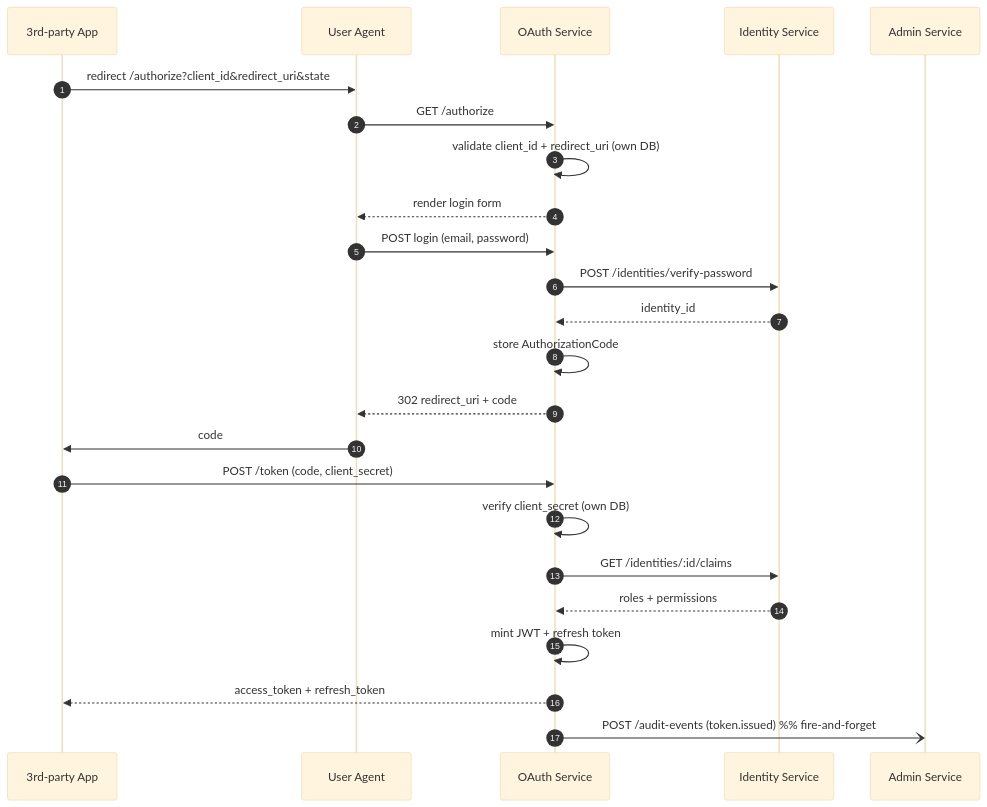
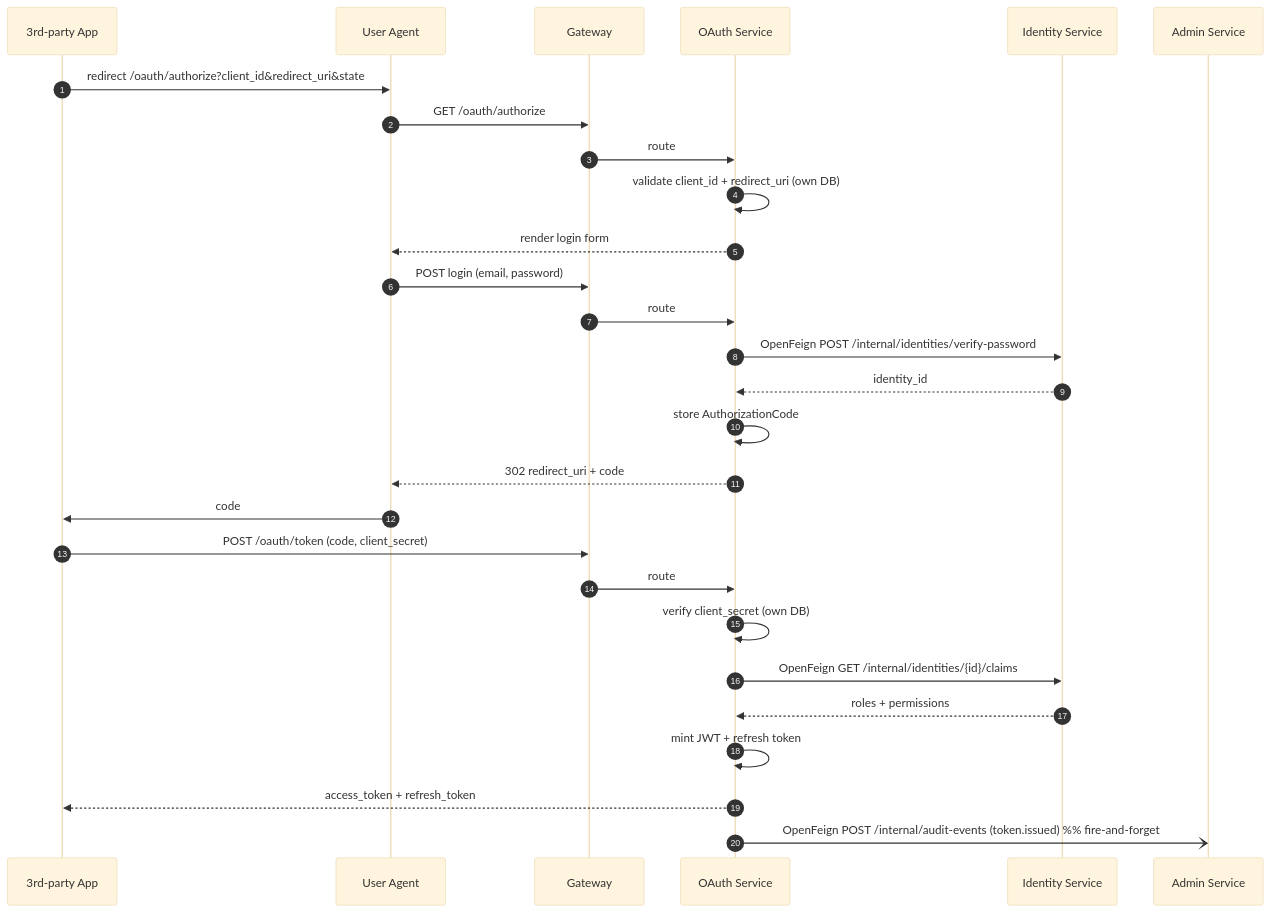
One commit to mosup16/SW-IDP changed the second of 2 diagrams in design/ARCHITECTURE.md. Above: the diagram before and after it, drawn with Mermaid (base theme). The commit also changed other lines of this file and 3 other files, not shown here.

````diff
--- a/design/ARCHITECTURE.md
+++ b/design/ARCHITECTURE.md
@@ -67,27 +87,31 @@
 ```mermaid
 sequenceDiagram
     autonumber
     participant App as 3rd-party App
     participant UA as User Agent
+    participant GW as Gateway
     participant OA as OAuth Service
     participant ID as Identity Service
     participant AD as Admin Service
 
-    App->>UA: redirect /authorize?client_id&redirect_uri&state
-    UA->>OA: GET /authorize
+    App->>UA: redirect /oauth/authorize?client_id&redirect_uri&state
+    UA->>GW: GET /oauth/authorize
+    GW->>OA: route
     OA->>OA: validate client_id + redirect_uri (own DB)
     OA-->>UA: render login form
-    UA->>OA: POST login (email, password)
-    OA->>ID: POST /identities/verify-password
+    UA->>GW: POST login (email, password)
+    GW->>OA: route
+    OA->>ID: OpenFeign POST /internal/identities/verify-password
     ID-->>OA: identity_id
     OA->>OA: store AuthorizationCode
     OA-->>UA: 302 redirect_uri + code
     UA->>App: code
-    App->>OA: POST /token (code, client_secret)
+    App->>GW: POST /oauth/token (code, client_secret)
+    GW->>OA: route
     OA->>OA: verify client_secret (own DB)
-    OA->>ID: GET /identities/:id/claims
+    OA->>ID: OpenFeign GET /internal/identities/{id}/claims
     ID-->>OA: roles + permissions
     OA->>OA: mint JWT + refresh token
     OA-->>App: access_token + refresh_token
-    OA-)AD: POST /audit-events (token.issued)  %% fire-and-forget
+    OA-)AD: OpenFeign POST /internal/audit-events (token.issued)  %% fire-and-forget
 ```
````
